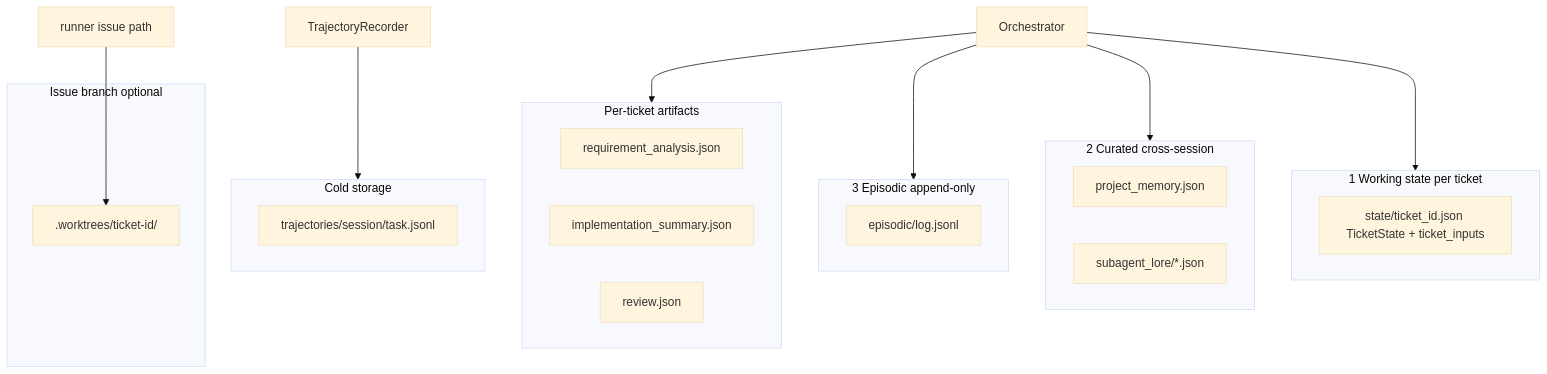
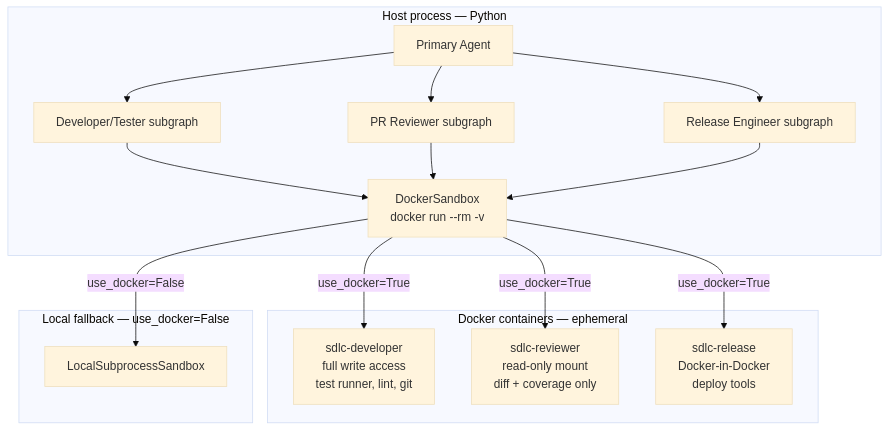
Before and after one commit to madeehrehman/sdlc_agent: the ninth of 10 diagrams in system-design.md, drawn with Mermaid (base theme). The commit also changed other lines of this file and 3 other files, not shown here.

Commit message:
docs: rewrite all architecture and system design docs for v2 LangGraph system

````diff
--- a/system-design.md
+++ b/system-design.md
@@ -264,36 +237,28 @@
 ```mermaid
 flowchart TB
-  subgraph Working["1 Working state per ticket"]
-    SF["state/ticket_id.json TicketState + ticket_inputs"]
+  subgraph Host["Host process — Python"]
+    PA2[Primary Agent]
+    DEV3[Developer/Tester subgraph]
+    REV3[PR Reviewer subgraph]
+    REL3[Release Engineer subgraph]
+    DS[DockerSandbox\n docker run --rm -v]
   end
 
-  subgraph Curated["2 Curated cross-session"]
-    PJ[project_memory.json]
-    LO[subagent_lore/*.json]
+  subgraph Containers["Docker containers — ephemeral"]
+    C1[sdlc-developer\nfull write access\ntest runner, lint, git]
+    C2[sdlc-reviewer\nread-only mount\ndiff + coverage only]
+    C3[sdlc-release\nDocker-in-Docker\ndeploy tools]
   end
 
-  subgraph Audit["3 Episodic append-only"]
-    EP[episodic/log.jsonl]
+  subgraph LocalFallback["Local fallback — use_docker=False"]
+    LS[LocalSubprocessSandbox]
   end
 
-  subgraph Art["Per-ticket artifacts"]
-    A1[requirement_analysis.json]
-    A2[implementation_summary.json]
-    A3[review.json]
-  end
-
-  subgraph Cold["Cold storage"]
-    TJ[trajectories/session/task.jsonl]
-  end
-
-  subgraph GitWork["Issue branch optional"]
-    WT2[".worktrees/ticket-id/"]
-  end
-
-  ORC[Orchestrator] --> Working
-  ORC --> Curated
-  ORC --> Audit
-  ORC --> Art
-  RUNR[runner issue path] --> WT2
-  TR[TrajectoryRecorder] --> Cold
+  PA2 --> DEV3 --> DS
+  PA2 --> REV3 --> DS
+  PA2 --> REL3 --> DS
+  DS -->|use_docker=True| C1
+  DS -->|use_docker=True| C2
+  DS -->|use_docker=True| C3
+  DS -->|use_docker=False| LS
 ```
````
